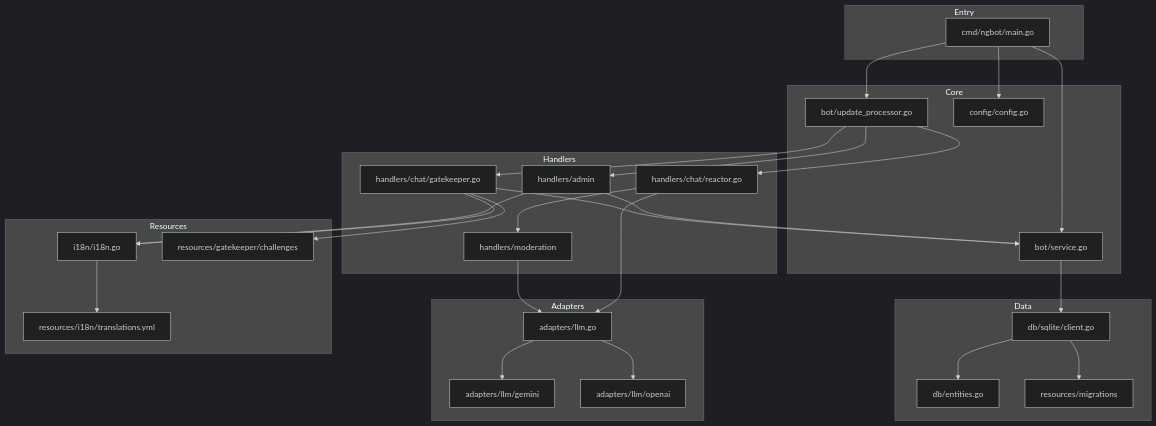
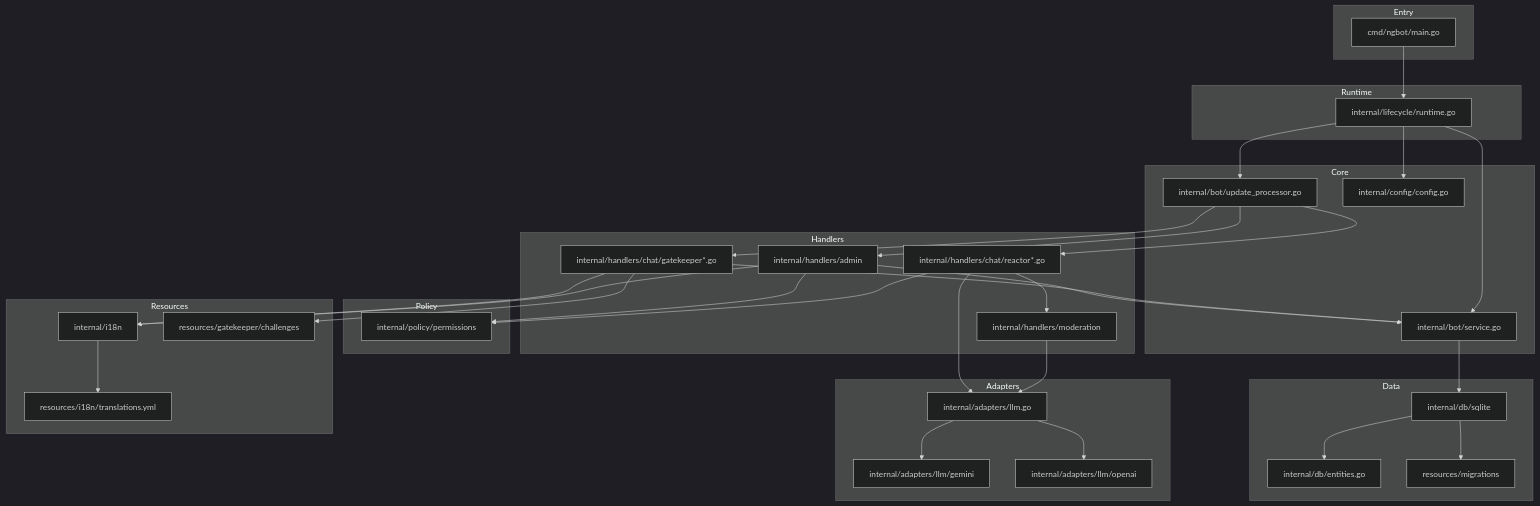
Before and after one commit to iamwavecut/ngbot: the first of 5 diagrams in docs/CODEBASE_MAP.md, drawn with Mermaid (dark theme). The commit also changed other lines of this file and 44 other files, not shown here.

Commit message:
refactor: implement explicit lifecycle management for long-lived workers; update SQLite client initialization and enhance admin panel session handling

````diff
--- a/docs/CODEBASE_MAP.md
+++ b/docs/CODEBASE_MAP.md
@@ -15,63 +15,75 @@
 ```mermaid
 graph TB
     subgraph Entry
         Main[cmd/ngbot/main.go]
     end
 
+    subgraph Runtime
+        Lifecycle[internal/lifecycle/runtime.go]
+    end
+
     subgraph Core
-        Service[bot/service.go]
-        Processor[bot/update_processor.go]
-        Config[config/config.go]
+        Service[internal/bot/service.go]
+        Processor[internal/bot/update_processor.go]
+        Config[internal/config/config.go]
     end
 
     subgraph Handlers
-        Admin[handlers/admin]
-        Gatekeeper[handlers/chat/gatekeeper.go]
-        Reactor[handlers/chat/reactor.go]
-        Moderation[handlers/moderation]
+        Admin[internal/handlers/admin]
+        Gatekeeper[internal/handlers/chat/gatekeeper*.go]
+        Reactor[internal/handlers/chat/reactor*.go]
+        Moderation[internal/handlers/moderation]
     end
 
     subgraph Adapters
-        LLM[adapters/llm.go]
-        Gemini[adapters/llm/gemini]
-        OpenAI[adapters/llm/openai]
+        LLM[internal/adapters/llm.go]
+        Gemini[internal/adapters/llm/gemini]
+        OpenAI[internal/adapters/llm/openai]
     end
 
     subgraph Data
-        SQLite[db/sqlite/client.go]
-        Entities[db/entities.go]
+        SQLite[internal/db/sqlite]
+        Entities[internal/db/entities.go]
         Migrations[resources/migrations]
     end
 
+    subgraph Policy
+        Permissions[internal/policy/permissions]
+    end
+
     subgraph Resources
-        I18N[i18n/i18n.go]
+        I18N[internal/i18n]
         Translations[resources/i18n/translations.yml]
         Challenges[resources/gatekeeper/challenges]
     end
 
-    Main --> Service
-    Main --> Processor
-    Main --> Config
+    Main --> Lifecycle
+    Lifecycle --> Service
+    Lifecycle --> Processor
+    Lifecycle --> Config
 
     Processor --> Admin
     Processor --> Gatekeeper
     Processor --> Reactor
 
     Admin --> Service
     Gatekeeper --> Service
     Reactor --> Moderation
     Reactor --> LLM
 
     Moderation --> LLM
     LLM --> Gemini
     LLM --> OpenAI
 
     Service --> SQLite
     SQLite --> Entities
     SQLite --> Migrations
 
     Gatekeeper --> I18N
     Admin --> I18N
     I18N --> Translations
     Gatekeeper --> Challenges
+
+    Admin --> Permissions
+    Reactor --> Permissions
 ```
````
